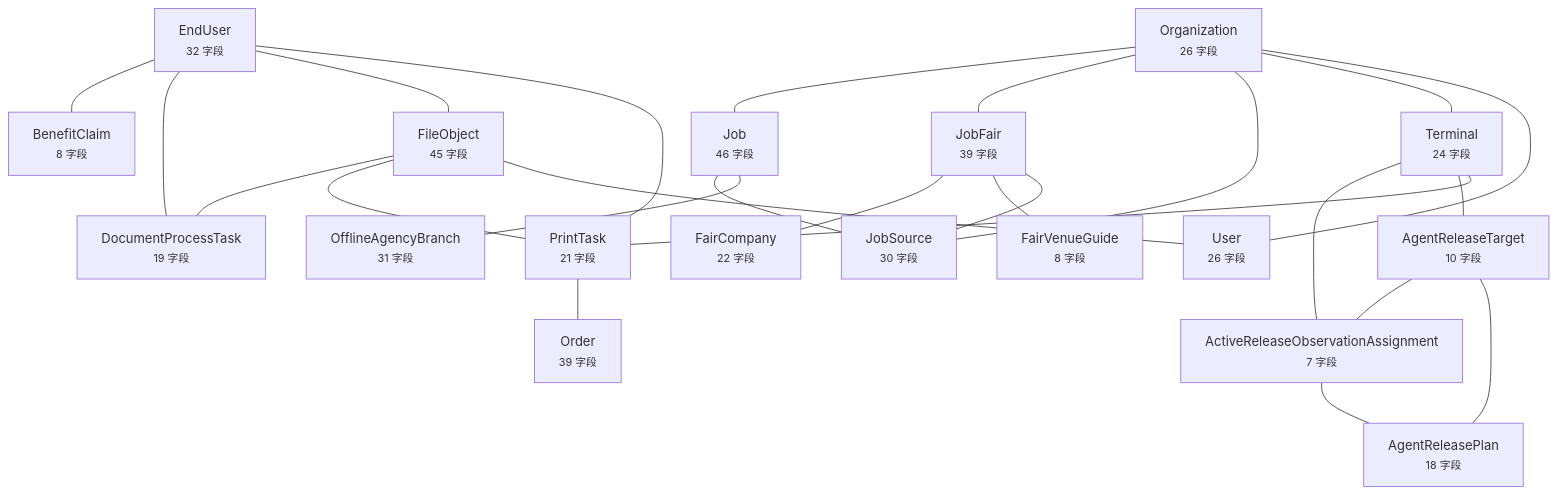
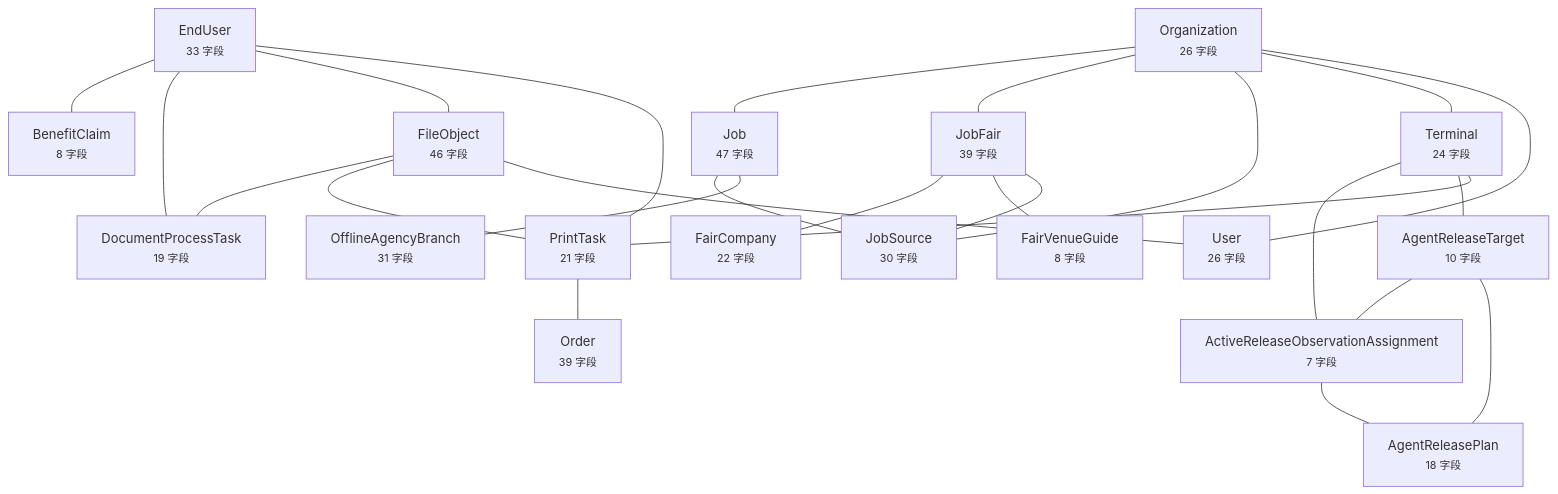
Before and after one commit to wanglei581/YITIJI: the diagram in docs/graph/data-model.md, drawn with Mermaid. The commit also changed other lines of this file and 5 other files, not shown here.

First line of the commit message:
chore(schema): 账本补记 AlertDisposition，图谱按本分支源码重生成

````diff
--- a/docs/graph/data-model.md
+++ b/docs/graph/data-model.md
@@ -10,45 +10,45 @@
 ```mermaid
 flowchart TD
-  EndUser["EndUser<br/><small>32 字段</small>"]
+  EndUser["EndUser<br/><small>33 字段</small>"]
   Organization["Organization<br/><small>26 字段</small>"]
   Terminal["Terminal<br/><small>24 字段</small>"]
-  FileObject["FileObject<br/><small>45 字段</small>"]
-  Job["Job<br/><small>46 字段</small>"]
+  FileObject["FileObject<br/><small>46 字段</small>"]
+  Job["Job<br/><small>47 字段</small>"]
   JobFair["JobFair<br/><small>39 字段</small>"]
   JobSource["JobSource<br/><small>30 字段</small>"]
   User["User<br/><small>26 字段</small>"]
   PrintTask["PrintTask<br/><small>21 字段</small>"]
   AgentReleaseTarget["AgentReleaseTarget<br/><small>10 字段</small>"]
   ActiveReleaseObservationAssignment["ActiveReleaseObservationAssignment<br/><small>7 字段</small>"]
   AgentReleasePlan["AgentReleasePlan<br/><small>18 字段</small>"]
   BenefitClaim["BenefitClaim<br/><small>8 字段</small>"]
   DocumentProcessTask["DocumentProcessTask<br/><small>19 字段</small>"]
   FairCompany["FairCompany<br/><small>22 字段</small>"]
   FairVenueGuide["FairVenueGuide<br/><small>8 字段</small>"]
   OfflineAgencyBranch["OfflineAgencyBranch<br/><small>31 字段</small>"]
   Order["Order<br/><small>39 字段</small>"]
   EndUser --- BenefitClaim
   EndUser --- DocumentProcessTask
   EndUser --- FileObject
   EndUser --- PrintTask
   Organization --- Job
   Organization --- JobFair
   Organization --- JobSource
   Organization --- Terminal
   Organization --- User
   Terminal --- ActiveReleaseObservationAssignment
   Terminal --- AgentReleaseTarget
   Terminal --- PrintTask
   FileObject --- DocumentProcessTask
   FileObject --- PrintTask
   FileObject --- User
   Job --- JobSource
   Job --- OfflineAgencyBranch
   JobFair --- FairCompany
   JobFair --- FairVenueGuide
   JobFair --- JobSource
   PrintTask --- Order
   AgentReleaseTarget --- ActiveReleaseObservationAssignment
   AgentReleaseTarget --- AgentReleasePlan
   ActiveReleaseObservationAssignment --- AgentReleasePlan
 ```
````
